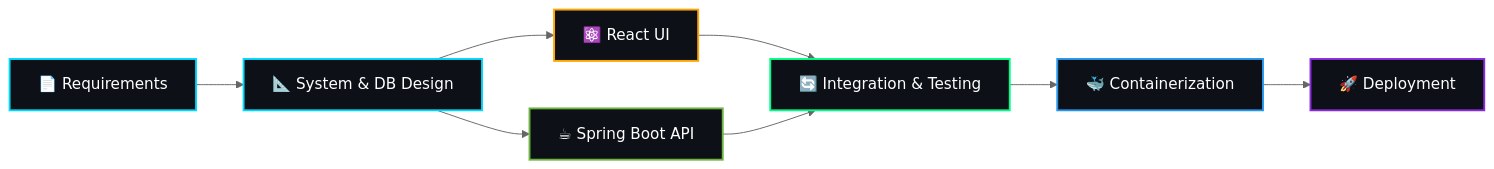
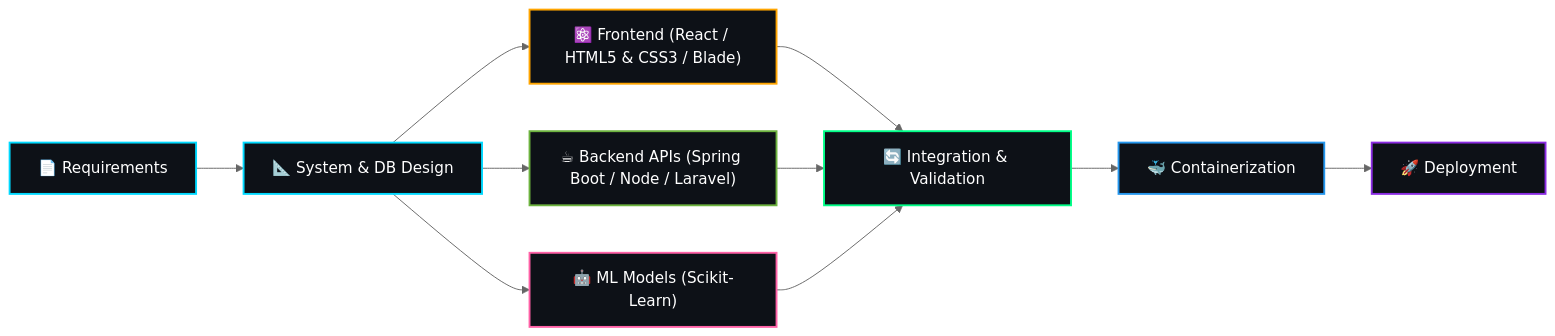
The diagram in README.md (reezmahanan/reezmahanan), drawn with Mermaid (neutral theme) before and after one commit. The commit also changed other lines of this file, not shown here.

````diff
--- a/README.md
+++ b/README.md
@@ -80,18 +80,21 @@
 ```mermaid
 graph LR
     A["📄 Requirements"] --> B["📐 System & DB Design"]
-    B --> C["⚛️ React UI"]
-    B --> D["☕ Spring Boot API"]
-    C --> E["🔄 Integration & Testing"]
-    D --> E
-    E --> F["🐳 Containerization"]
-    F --> G["🚀 Deployment"]
+    B --> C["⚛️ Frontend (React / HTML5 & CSS3 / Blade)"]
+    B --> D["☕ Backend APIs (Spring Boot / Node / Laravel)"]
+    B --> E["🤖 ML Models (Scikit-Learn)"]
+    C --> F["🔄 Integration & Validation"]
+    D --> F
+    E --> F
+    F --> G["🐳 Containerization"]
+    G --> H["🚀 Deployment"]
 
     style A fill:#0d1117,stroke:#00d9ff,stroke-width:2px,color:#ffffff
     style B fill:#0d1117,stroke:#00d9ff,stroke-width:2px,color:#ffffff
     style C fill:#0d1117,stroke:#ffa500,stroke-width:2px,color:#ffffff
     style D fill:#0d1117,stroke:#6db33f,stroke-width:2px,color:#ffffff
-    style E fill:#0d1117,stroke:#00ff88,stroke-width:2px,color:#ffffff
-    style F fill:#0d1117,stroke:#2496ed,stroke-width:2px,color:#ffffff
-    style G fill:#0d1117,stroke:#8a2be2,stroke-width:2px,color:#ffffff
+    style E fill:#0d1117,stroke:#ff61a6,stroke-width:2px,color:#ffffff
+    style F fill:#0d1117,stroke:#00ff88,stroke-width:2px,color:#ffffff
+    style G fill:#0d1117,stroke:#2496ed,stroke-width:2px,color:#ffffff
+    style H fill:#0d1117,stroke:#8a2be2,stroke-width:2px,color:#ffffff
 ```
````
